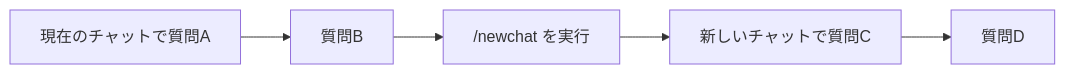
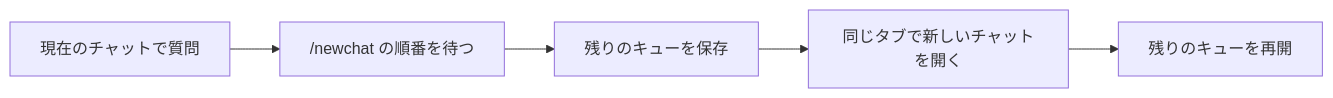
One commit to coroke3/chatgpt-queue changed the second of 3 diagrams in README.md. Above: the diagram before and after it, drawn with Mermaid. The commit also changed other lines of this file and 1 other file, not shown here.

````diff
--- a/README.md
+++ b/README.md
@@ -144,7 +134,7 @@
 ```mermaid
 flowchart LR
-    A[現在のチャットで質問A] --> B[質問B]
-    B --> C["/newchat を実行"]
-    C --> D[新しいチャットで質問C]
-    D --> E[質問D]
+    A[現在のチャットで質問] --> B["/newchat の順番を待つ"]
+    B --> C[残りのキューを保存]
+    C --> D[同じタブで新しいチャットを開く]
+    D --> E[残りのキューを再開]
 ```
````
